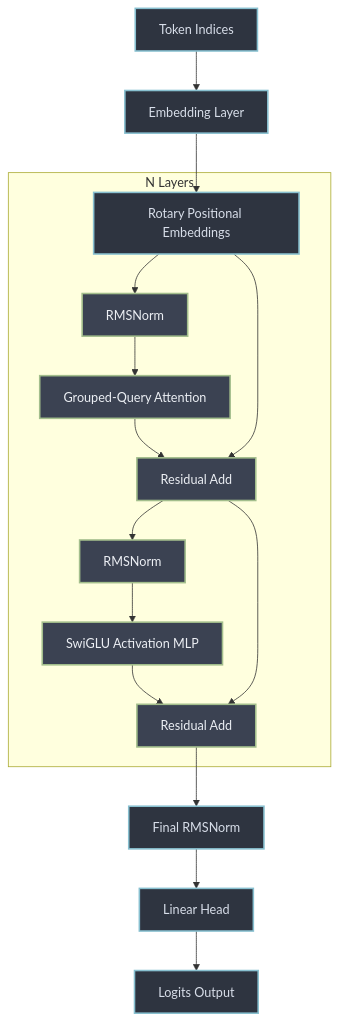
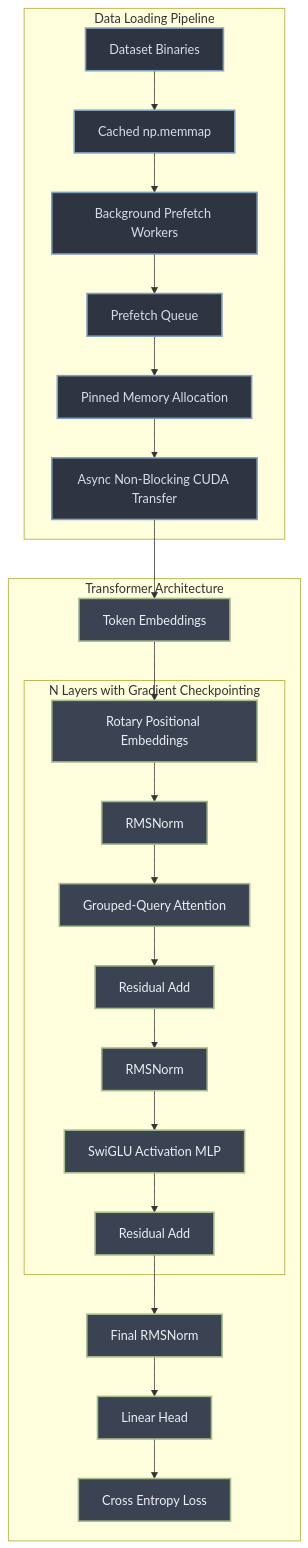
One commit to vfcarida/nanoGPT changed the diagram in README.md. Above: the diagram before and after it, drawn with Mermaid. The commit also changed other lines of this file and 8 other files, not shown here.

````diff
--- a/README.md
+++ b/README.md
@@ -24,26 +26,36 @@
 ```mermaid
 graph TD
-    Input[Token Indices] --> Embedding[Embedding Layer]
-    Embedding --> RoPE[Rotary Positional Embeddings]
-    
-    subgraph Transformer Block [N Layers]
-        RoPE --> LN1[RMSNorm]
-        LN1 --> GQA[Grouped-Query Attention]
-        GQA --> Add1[Residual Add]
-        RoPE --> Add1
+    %% Dataset / Data loading
+    subgraph Data Pipeline [Data Loading Pipeline]
+        BinData[Dataset Binaries] --> Memmap[Cached np.memmap]
+        Memmap --> Worker[Background Prefetch Workers]
+        Worker --> Queue[Prefetch Queue]
+        Queue --> Pinned[Pinned Memory Allocation]
+        Pinned --> CPUtoGPU[Async Non-Blocking CUDA Transfer]
+    end
+
+    %% Model Execution
+    subgraph GPT Block [Transformer Architecture]
+        CPUtoGPU --> InputEmbed[Token Embeddings]
+        InputEmbed --> RoPE[Rotary Positional Embeddings]
         
-        Add1 --> LN2[RMSNorm]
-        LN2 --> SwiGLU[SwiGLU Activation MLP]
-        SwiGLU --> Add2[Residual Add]
-        Add1 --> Add2
+        subgraph LayerBlock [N Layers with Gradient Checkpointing]
+            RoPE --> LN1[RMSNorm]
+            LN1 --> GQA[Grouped-Query Attention]
+            GQA --> Add1[Residual Add]
+            
+            Add1 --> LN2[RMSNorm]
+            LN2 --> SwiGLU[SwiGLU Activation MLP]
+            SwiGLU --> Add2[Residual Add]
+        end
+        
+        Add2 --> FinalLN[Final RMSNorm]
+        FinalLN --> Head[Linear Head]
+        Head --> Loss[Cross Entropy Loss]
     end
-    
-    Add2 --> OutputLN[Final RMSNorm]
-    OutputLN --> LMHead[Linear Head]
-    LMHead --> Logits[Logits Output]
-    
-    classDef main fill:#2E3440,stroke:#88C0D0,stroke-width:2px,color:#D8DEE9;
-    classDef block fill:#3B4252,stroke:#A3BE8C,stroke-width:2px,color:#ECEFF4;
-    class Input,Embedding,OutputLN,LMHead,Logits,RoPE main;
-    class LN1,GQA,Add1,LN2,SwiGLU,Add2 block;
+
+    classDef pipeline fill:#2E3440,stroke:#81A1C1,stroke-width:2px,color:#D8DEE9;
+    classDef model fill:#3B4252,stroke:#A3BE8C,stroke-width:2px,color:#ECEFF4;
+    class BinData,Memmap,Worker,Queue,Pinned,CPUtoGPU pipeline;
+    class InputEmbed,RoPE,LN1,GQA,Add1,LN2,SwiGLU,Add2,FinalLN,Head,Loss model;
 ```
````
